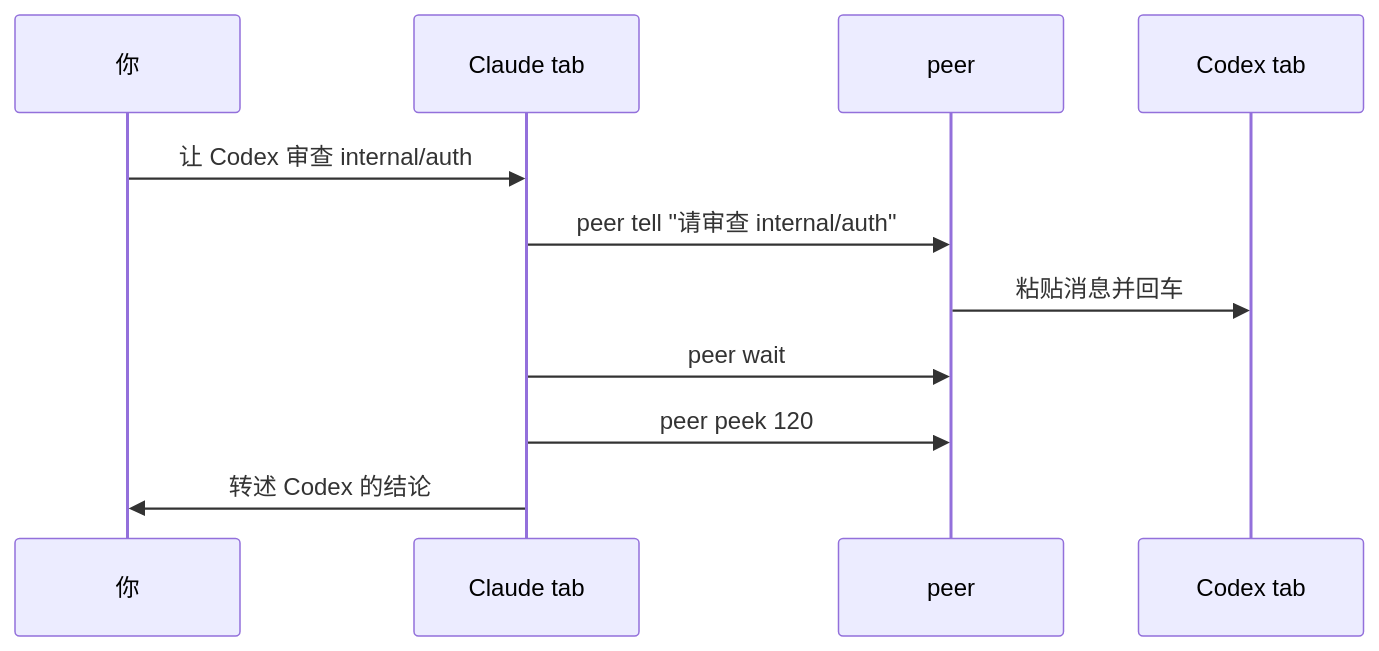
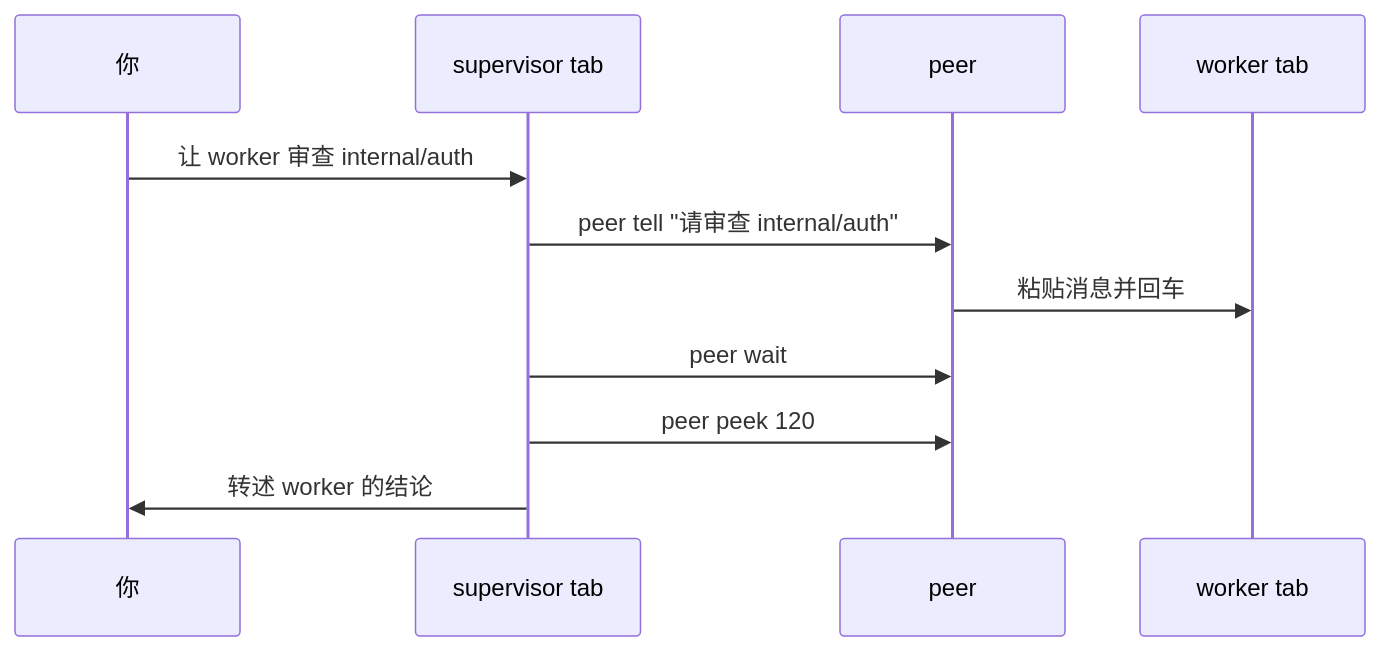
The second of 2 diagrams in README.zh-CN.md (fovecifer/agent-duo), drawn with Mermaid before and after one commit. The commit also changed other lines of this file and 14 other files, not shown here.

````diff
--- a/README.zh-CN.md
+++ b/README.zh-CN.md
@@ -50,14 +52,14 @@
 ```mermaid
 sequenceDiagram
   participant U as 你
-  participant C as Claude tab
+  participant C as supervisor tab
   participant P as peer
-  participant X as Codex tab
+  participant X as worker tab
 
-  U->>C: 让 Codex 审查 internal/auth
+  U->>C: 让 worker 审查 internal/auth
   C->>P: peer tell "请审查 internal/auth"
   P->>X: 粘贴消息并回车
   C->>P: peer wait
   C->>P: peer peek 120
-  C->>U: 转述 Codex 的结论
+  C->>U: 转述 worker 的结论
 ```
````
